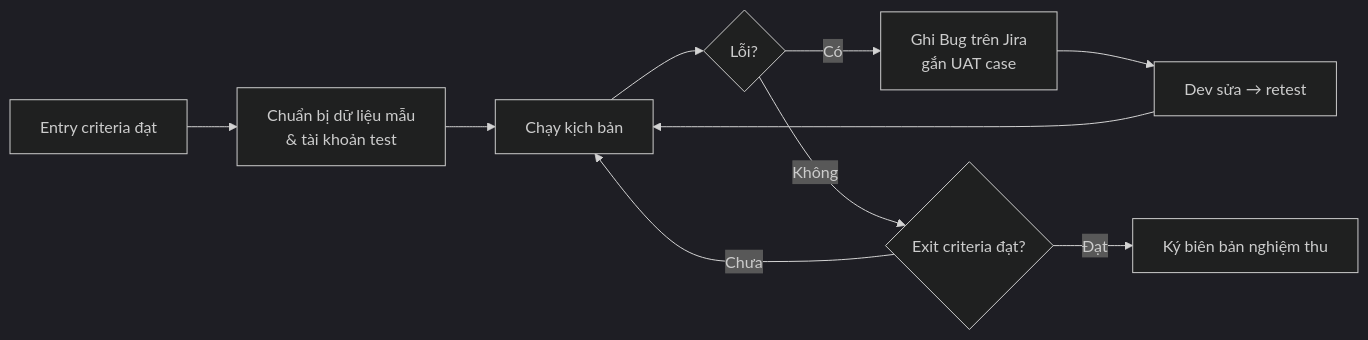
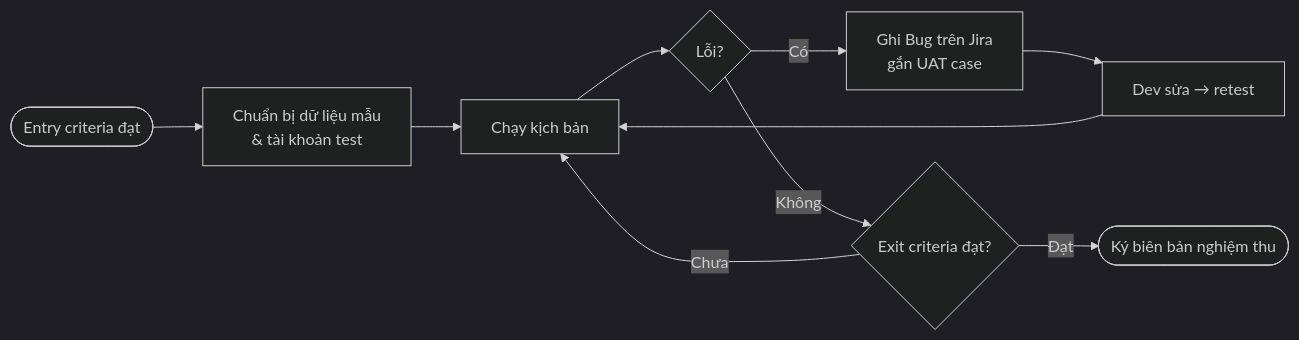
The diagram in docs/01-ekyc/1.4-testing/C17-uat-pack.md (handao2303/aegis-ekyc-ui), drawn with Mermaid (dark theme) before and after one commit. The commit also changed other lines of this file and 54 other files, not shown here.

Commit message:
Full doc review: acceptance criteria for REQ-LIM-01..26, REQ-REC-21..24; header metadata (status, standard, version) completed on 24 docs; C03, Q01 approval; A03 API numbering note; start/end terminals on 10 process flowcharts; diagrams re-rendered

````diff
--- a/docs/01-ekyc/1.4-testing/C17-uat-pack.md
+++ b/docs/01-ekyc/1.4-testing/C17-uat-pack.md
@@ -13,12 +14,12 @@
 ```mermaid
 flowchart LR
-    A["Entry criteria đạt"] --> B["Chuẩn bị dữ liệu mẫu<br/>& tài khoản test"]
+    A(["Entry criteria đạt"]) --> B["Chuẩn bị dữ liệu mẫu<br/>& tài khoản test"]
     B --> C["Chạy kịch bản"]
     C --> D{"Lỗi?"}
     D -- "Có" --> E["Ghi Bug trên Jira<br/>gắn UAT case"]
     E --> F["Dev sửa → retest"]
     F --> C
     D -- "Không" --> G{"Exit criteria đạt?"}
     G -- "Chưa" --> C
-    G -- "Đạt" --> H["Ký biên bản nghiệm thu"]
+    G -- "Đạt" --> H(["Ký biên bản nghiệm thu"])
 ```
````
